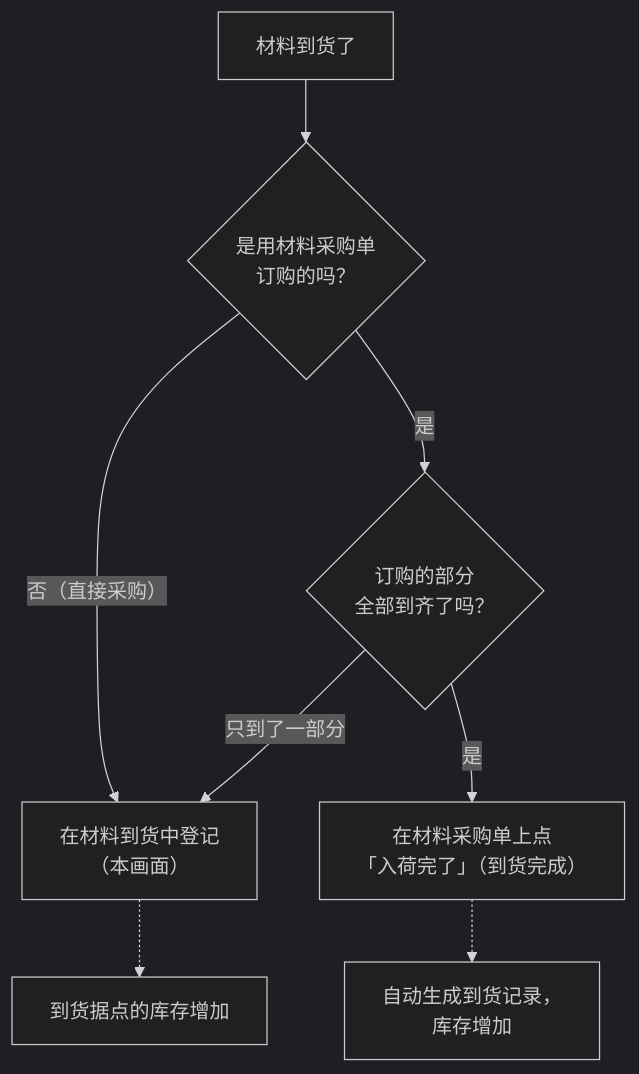
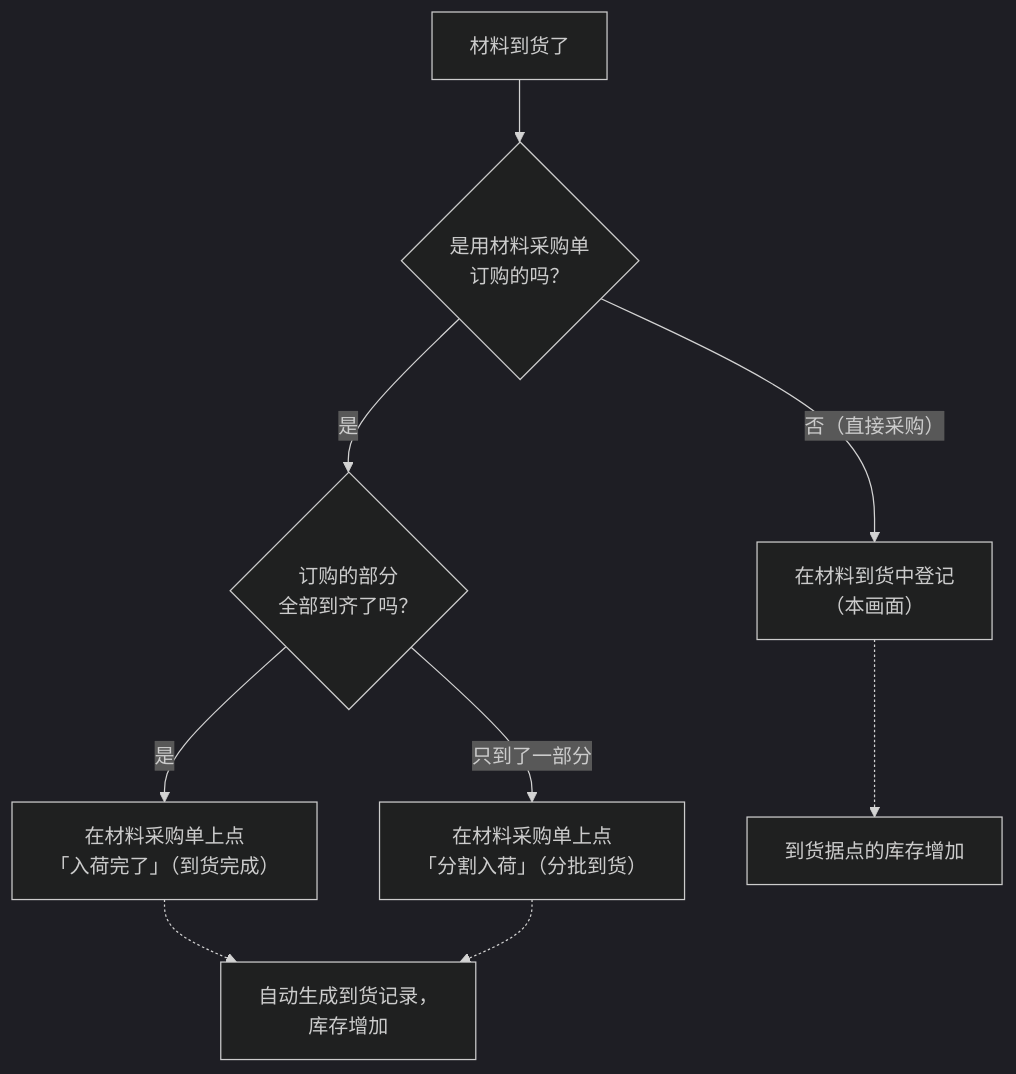
The diagram in coolify/apps/nextjs-web/content/manual/operations/purchasing/material-receipt/user.zh.md (Kuisin/ckk-tool-v3), drawn with Mermaid (dark theme) before and after one commit. The commit also changed other lines of this file and 137 other files, not shown here.

````diff
--- a/coolify/apps/nextjs-web/content/manual/operations/purchasing/material-receipt/user.zh.md
+++ b/coolify/apps/nextjs-web/content/manual/operations/purchasing/material-receipt/user.zh.md
@@ -37,10 +38,11 @@
 ```mermaid
 flowchart TD
   arrive["材料到货了"] --> q1{"是用材料采购单<br/>订购的吗？"}
   q1 -->|"否（直接采购）"| mr["在材料到货中登记<br/>（本画面）"]
   q1 -->|"是"| q2{"订购的部分<br/>全部到齐了吗？"}
   q2 -->|"是"| po["在材料采购单上点<br/>「入荷完了」（到货完成）"]
-  q2 -->|"只到了一部分"| mr
-  po -.-> auto["自动生成到货记录，<br/>库存增加"]
+  q2 -->|"只到了一部分"| pp["在材料采购单上点<br/>「分割入荷」（分批到货）"]
+  po -.-> auto
+  pp -.-> auto["自动生成到货记录，<br/>库存增加"]
   mr -.-> stock["到货据点的库存增加"]
 ```
````
